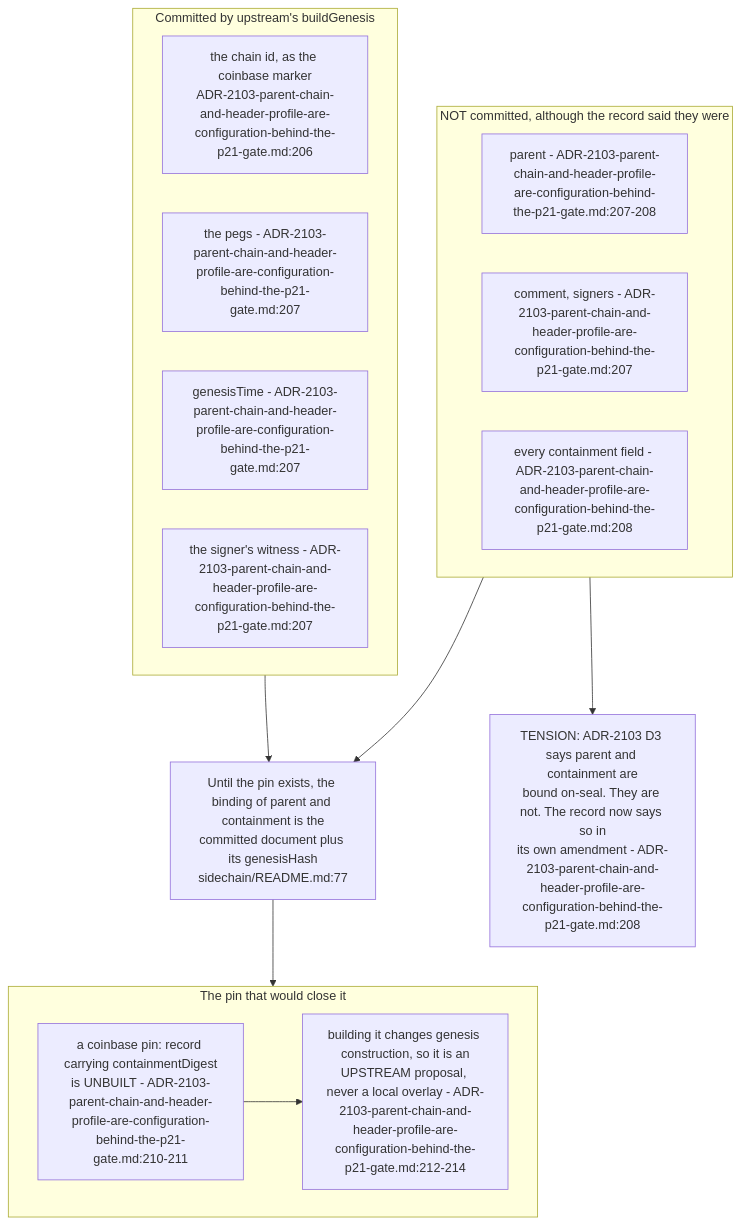
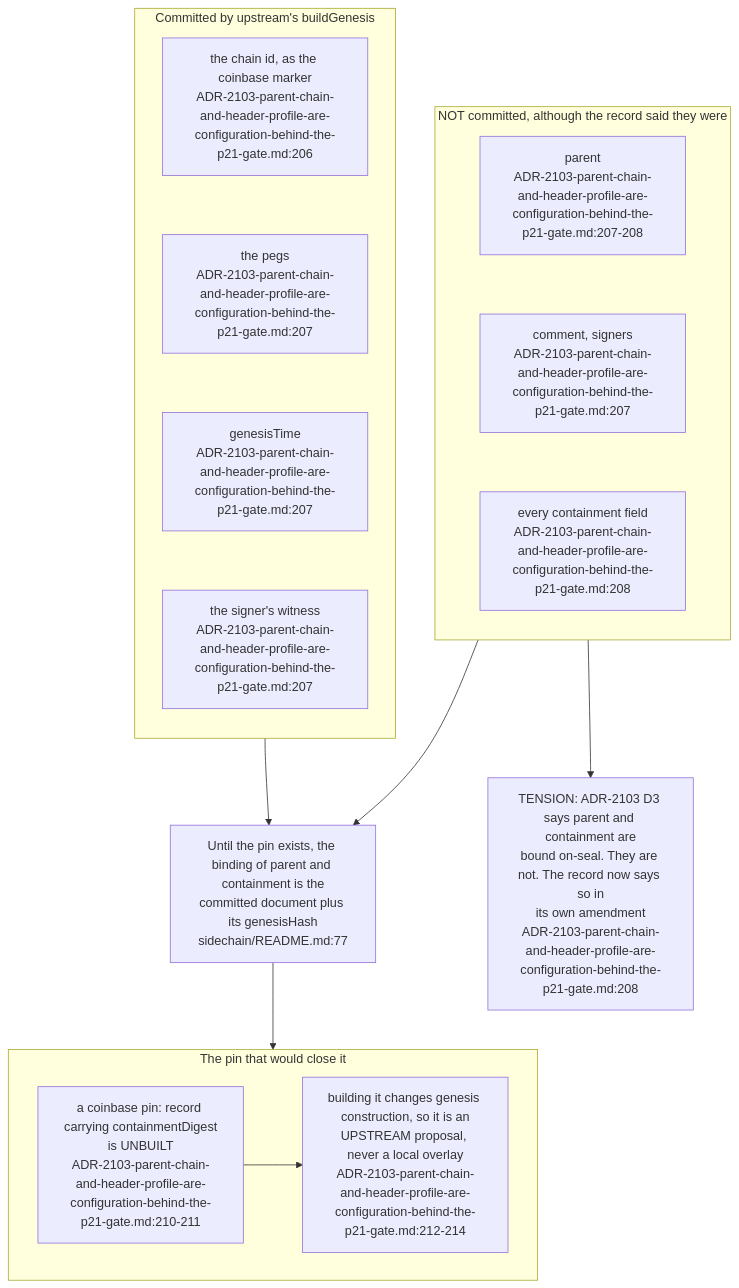
Before and after one commit to DreamLab-AI/VisionFlow: the second of 5 diagrams in docs/diagrams/agentbox/32-sidechain-root-seal.md, drawn with Mermaid. The commit also changed other lines of this file and 160 other files, not shown here.

````diff
--- a/docs/diagrams/agentbox/32-sidechain-root-seal.md
+++ b/docs/diagrams/agentbox/32-sidechain-root-seal.md
@@ -74,23 +74,27 @@
 ```mermaid
 flowchart TB
     subgraph committed["Committed by upstream's buildGenesis"]
+        direction TB
         C1["the chain id, as the coinbase marker<br/>ADR-2103-parent-chain-and-header-profile-are-configuration-behind-the-p21-gate.md:206"]
-        C2["the pegs - ADR-2103-parent-chain-and-header-profile-are-configuration-behind-the-p21-gate.md:207"]
-        C3["genesisTime - ADR-2103-parent-chain-and-header-profile-are-configuration-behind-the-p21-gate.md:207"]
-        C4["the signer's witness - ADR-2103-parent-chain-and-header-profile-are-configuration-behind-the-p21-gate.md:207"]
+        C2["the pegs<br/>ADR-2103-parent-chain-and-header-profile-are-configuration-behind-the-p21-gate.md:207"]
+        C3["genesisTime<br/>ADR-2103-parent-chain-and-header-profile-are-configuration-behind-the-p21-gate.md:207"]
+        C4["the signer's witness<br/>ADR-2103-parent-chain-and-header-profile-are-configuration-behind-the-p21-gate.md:207"]
+        C1 ~~~ C2 ~~~ C3 ~~~ C4
     end
     subgraph notcommitted["NOT committed, although the record said they were"]
-        N1["parent - ADR-2103-parent-chain-and-header-profile-are-configuration-behind-the-p21-gate.md:207-208"]
-        N2["comment, signers - ADR-2103-parent-chain-and-header-profile-are-configuration-behind-the-p21-gate.md:207"]
-        N3["every containment field - ADR-2103-parent-chain-and-header-profile-are-configuration-behind-the-p21-gate.md:208"]
+        direction TB
+        N1["parent<br/>ADR-2103-parent-chain-and-header-profile-are-configuration-behind-the-p21-gate.md:207-208"]
+        N2["comment, signers<br/>ADR-2103-parent-chain-and-header-profile-are-configuration-behind-the-p21-gate.md:207"]
+        N3["every containment field<br/>ADR-2103-parent-chain-and-header-profile-are-configuration-behind-the-p21-gate.md:208"]
+        N1 ~~~ N2 ~~~ N3
     end
     subgraph pin["The pin that would close it"]
-        PIN["a coinbase pin: record carrying containmentDigest<br/>is UNBUILT - ADR-2103-parent-chain-and-header-profile-are-configuration-behind-the-p21-gate.md:210-211"]
-        UP["building it changes genesis construction, so it is an<br/>UPSTREAM proposal, never a local overlay - ADR-2103-parent-chain-and-header-profile-are-configuration-behind-the-p21-gate.md:212-214"]
+        PIN["a coinbase pin: record carrying containmentDigest<br/>is UNBUILT<br/>ADR-2103-parent-chain-and-header-profile-are-configuration-behind-the-p21-gate.md:210-211"]
+        UP["building it changes genesis construction, so it is an<br/>UPSTREAM proposal, never a local overlay<br/>ADR-2103-parent-chain-and-header-profile-are-configuration-behind-the-p21-gate.md:212-214"]
         PIN --> UP
     end
     committed --> BIND["Until the pin exists, the binding of parent and containment is the<br/>committed document plus its genesisHash<br/>sidechain/README.md:77"]
     notcommitted --> BIND
     BIND --> pin
-    notcommitted --> TEN["TENSION: ADR-2103 D3 says parent and containment are<br/>bound on-seal. They are not. The record now says so in<br/>its own amendment - ADR-2103-parent-chain-and-header-profile-are-configuration-behind-the-p21-gate.md:208"]
+    notcommitted --> TEN["TENSION: ADR-2103 D3 says parent and containment are<br/>bound on-seal. They are not. The record now says so in<br/>its own amendment<br/>ADR-2103-parent-chain-and-header-profile-are-configuration-behind-the-p21-gate.md:208"]
 ```
````
